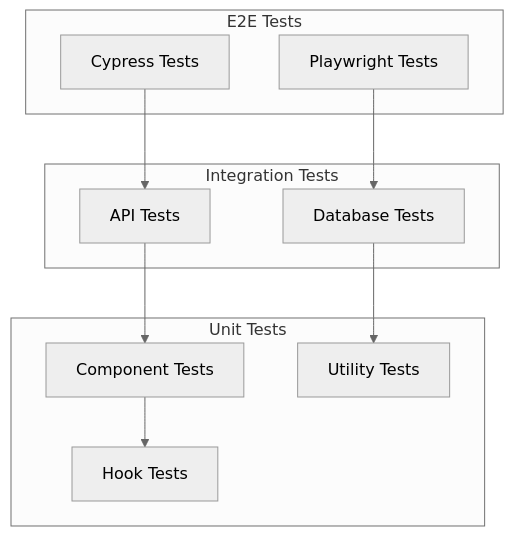
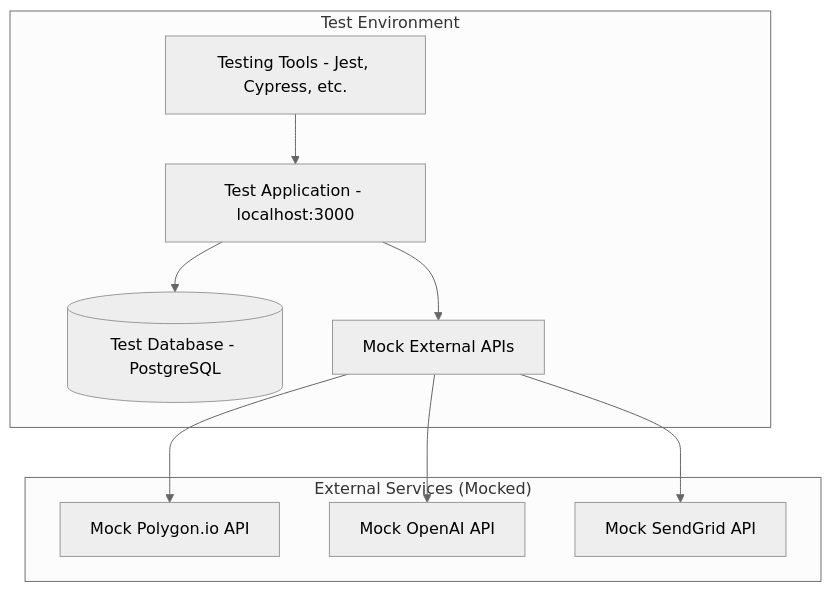
One commit to amarcoder01/f1 changed the first of 3 diagrams in README.md. Above: the diagram before and after it, drawn with Mermaid (neutral theme). The commit also changed other lines of this file, not shown here.

````diff
--- a/README.md
+++ b/README.md
@@ -1675,24 +135,22 @@
 ```mermaid
 graph TB
-    subgraph "E2E Tests"
-        CYPRESS[Cypress Tests]
-        PLAYWRIGHT[Playwright Tests]
+    subgraph "Test Environment"
+        TEST_APP[Test Application - localhost:3000]
+        TEST_DB[(Test Database - PostgreSQL)]
+        MOCK_APIS[Mock External APIs]
+        TEST_TOOLS[Testing Tools - Jest, Cypress, etc.]
     end
     
-    subgraph "Integration Tests"
-        API_TESTS[API Tests]
-        DB_TESTS[Database Tests]
+    subgraph "External Services (Mocked)"
+        MOCK_POLYGON[Mock Polygon.io API]
+        MOCK_OPENAI[Mock OpenAI API]
+        MOCK_SENDGRID[Mock SendGrid API]
     end
     
-    subgraph "Unit Tests"
-        COMPONENT_TESTS[Component Tests]
-        UTILITY_TESTS[Utility Tests]
-        HOOK_TESTS[Hook Tests]
-    end
-    
-    CYPRESS --> API_TESTS
-    PLAYWRIGHT --> DB_TESTS
-    API_TESTS --> COMPONENT_TESTS
-    DB_TESTS --> UTILITY_TESTS
-    COMPONENT_TESTS --> HOOK_TESTS
+    TEST_APP --> TEST_DB
+    TEST_APP --> MOCK_APIS
+    TEST_TOOLS --> TEST_APP
+    MOCK_APIS --> MOCK_POLYGON
+    MOCK_APIS --> MOCK_OPENAI
+    MOCK_APIS --> MOCK_SENDGRID
 ```
````
